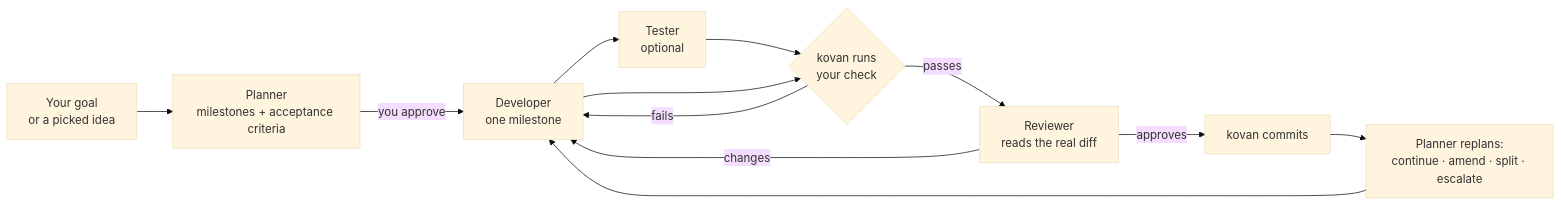
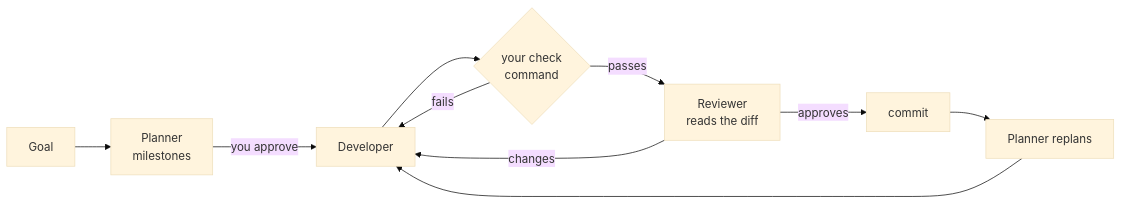
One commit to halilibrahimd27/kovan changed the diagram in README.md. Above: the diagram before and after it, drawn with Mermaid (base theme). The commit also changed other lines of this file and 1 other file, not shown here.

````diff
--- a/README.md
+++ b/README.md
@@ -56,14 +74,11 @@
 ```mermaid
 flowchart LR
-    G[Your goal<br>or a picked idea] --> P[Planner<br>milestones + acceptance criteria]
-    P -->|you approve| D[Developer<br>one milestone]
-    D --> T[Tester<br>optional]
-    T --> C{kovan runs<br>your check}
-    D --> C
+    G[Goal] --> P[Planner<br>milestones]
+    P -->|you approve| D[Developer]
+    D --> C{your check<br>command}
     C -->|fails| D
-    C -->|passes| R[Reviewer<br>reads the real diff]
+    C -->|passes| R[Reviewer<br>reads the diff]
     R -->|changes| D
-    R -->|approves| K[kovan commits]
-    K --> RP[Planner replans:<br>continue · amend · split · escalate]
-    RP --> D
+    R -->|approves| K[commit]
+    K --> RP[Planner replans] --> D
 ```
````
